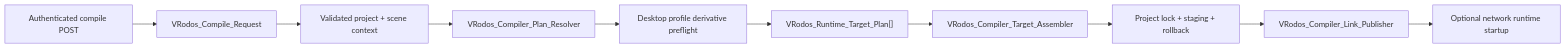
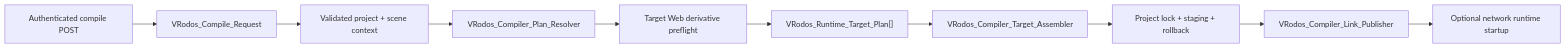
The diagram in documentation/compiler-architecture.md (VRodos/VRodos), drawn with Mermaid before and after one commit. The commit also changed other lines of this file and 30 other files, not shown here.

````diff
--- a/documentation/compiler-architecture.md
+++ b/documentation/compiler-architecture.md
@@ -9,12 +9,12 @@
 ```mermaid
 flowchart LR
     Request["Authenticated compile POST"] --> Typed["VRodos_Compile_Request"]
     Typed --> Context["Validated project + scene context"]
     Context --> Resolver["VRodos_Compiler_Plan_Resolver"]
-    Resolver --> Profiles["Desktop profile derivative preflight"]
+    Resolver --> Profiles["Target Web derivative preflight"]
     Profiles --> Targets["VRodos_Runtime_Target_Plan[]"]
     Targets --> Render["VRodos_Compiler_Target_Assembler"]
     Render --> Transaction["Project lock + staging + rollback"]
     Transaction --> Links["VRodos_Compiler_Link_Publisher"]
     Links --> Runtime["Optional network runtime startup"]
 ```
````
